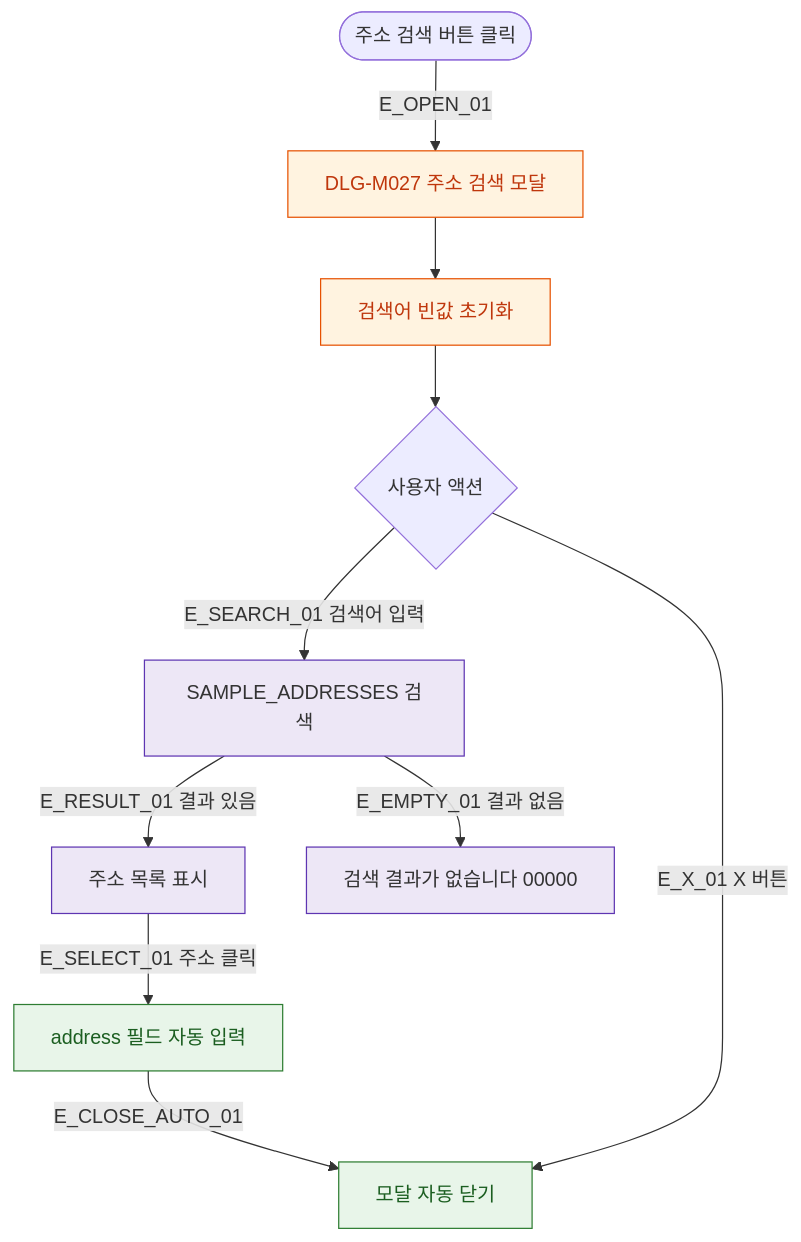
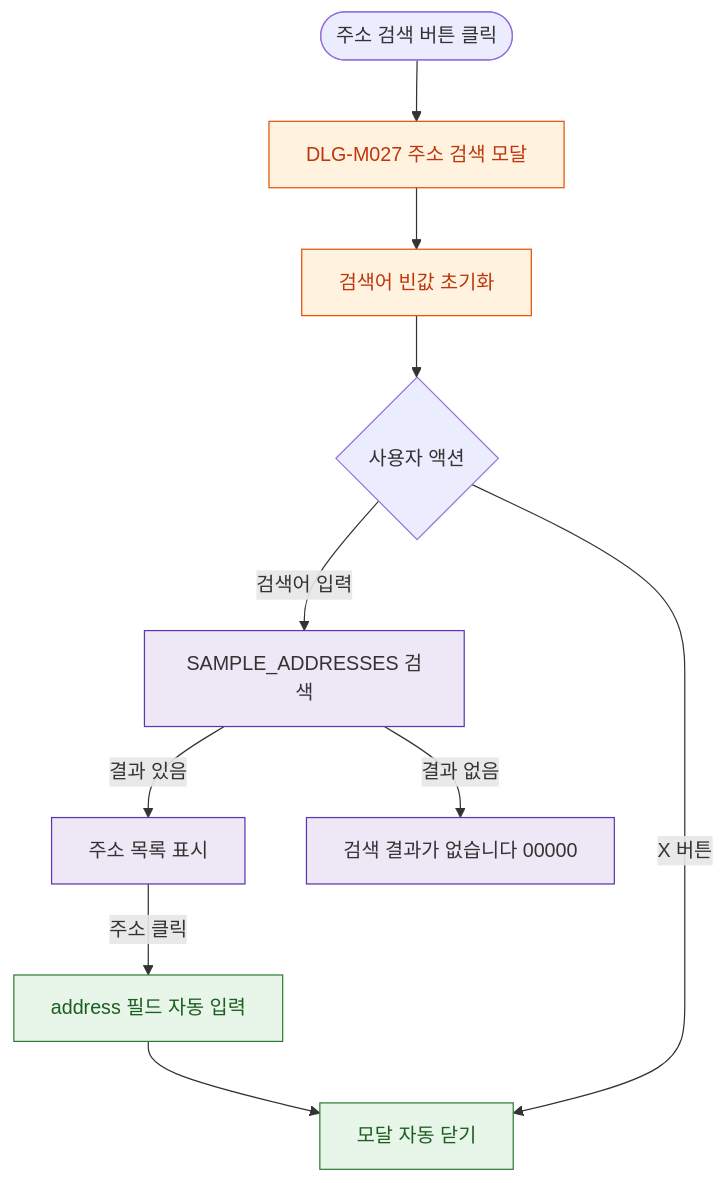
One commit to dev-spogym/admin-pando changed the diagram in docs/다이어그램/D02_회원관리/DLG/DLG-M027_주소검색/M1_생명주기.md. Above: the diagram before and after it, drawn with Mermaid. The commit also changed other lines of this file and 1660 other files, not shown here.

First line of the commit message:
다이어그램: 기획자/클라이언트 납품본으로 정리

````diff
--- a/docs/다이어그램/D02_회원관리/DLG/DLG-M027_주소검색/M1_생명주기.md
+++ b/docs/다이어그램/D02_회원관리/DLG/DLG-M027_주소검색/M1_생명주기.md
@@ -22,26 +20,26 @@
 ```mermaid
 flowchart TD
   TRIGGER([주소 검색 버튼 클릭])
 
-  TRIGGER -->|E_OPEN_01| DLG_OPEN[DLG-M027 주소 검색 모달]
+  TRIGGER --> DLG_OPEN[DLG-M027 주소 검색 모달]
   DLG_OPEN --> INIT[검색어 빈값 초기화]
 
   INIT --> USER_ACT{사용자 액션}
 
-  USER_ACT -->|E_SEARCH_01 검색어 입력| SEARCH[SAMPLE_ADDRESSES 검색]
-  SEARCH -->|E_RESULT_01 결과 있음| RESULT_LIST[주소 목록 표시]
-  SEARCH -->|E_EMPTY_01 결과 없음| RESULT_EMPTY[검색 결과가 없습니다 00000]
+  USER_ACT -->|검색어 입력|SEARCH[SAMPLE_ADDRESSES 검색]
+  SEARCH -->|결과 있음|RESULT_LIST[주소 목록 표시]
+  SEARCH -->|결과 없음|RESULT_EMPTY[검색 결과가 없습니다 00000]
 
-  RESULT_LIST -->|E_SELECT_01 주소 클릭| AUTO_FILL[address 필드 자동 입력]
-  AUTO_FILL   -->|E_CLOSE_AUTO_01| CLOSE[모달 자동 닫기]
+  RESULT_LIST -->|주소 클릭|AUTO_FILL[address 필드 자동 입력]
+  AUTO_FILL --> CLOSE[모달 자동 닫기]
 
-  USER_ACT -->|E_X_01 X 버튼| CLOSE
+  USER_ACT -->|X 버튼|CLOSE
 
-  classDef modal   fill:#FFF3E0,stroke:#E65100,color:#BF360C
+  classDef modal fill:#FFF3E0,stroke:#E65100,color:#BF360C
   classDef success fill:#E8F5E9,stroke:#2E7D32,color:#1B5E20
-  classDef system  fill:#EDE7F6,stroke:#5E35B2
+  classDef system fill:#EDE7F6,stroke:#5E35B2
 
   class DLG_OPEN,INIT modal
   class AUTO_FILL,CLOSE success
   class SEARCH,RESULT_LIST,RESULT_EMPTY system
 ```
````
